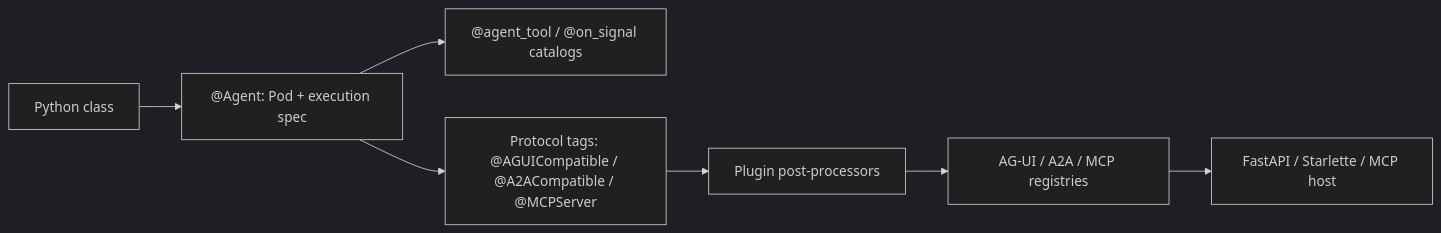
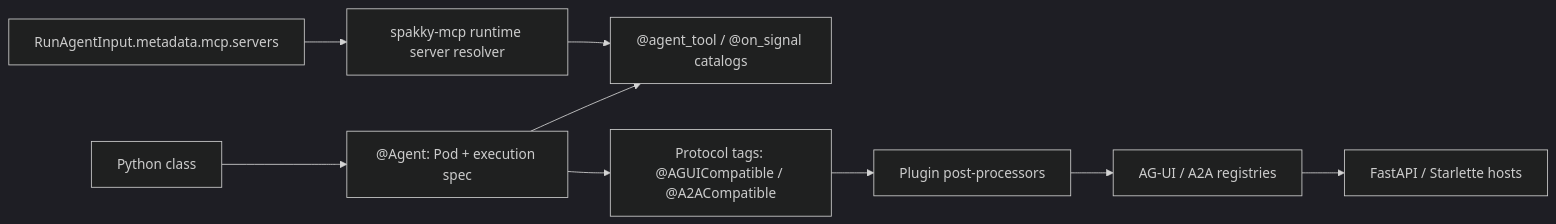
Before and after one commit to E5presso/spakky-framework: the second of 2 diagrams in docs/guides/agents.md, drawn with Mermaid (dark theme). The commit also changed other lines of this file and 33 other files, not shown here.

First line of the commit message:
feat(mcp)!: make external servers lazy plug-and-play

````diff
--- a/docs/guides/agents.md
+++ b/docs/guides/agents.md
@@ -443,9 +443,11 @@
 ```mermaid
 flowchart LR
   Class[Python class] --> Agent["@Agent: Pod + execution spec"]
   Agent --> Catalog["@agent_tool / @on_signal catalogs"]
-  Agent --> Tags["Protocol tags: @AGUICompatible / @A2ACompatible / @MCPServer"]
+  Agent --> Tags["Protocol tags: @AGUICompatible / @A2ACompatible"]
   Tags --> PostProcessors[Plugin post-processors]
-  PostProcessors --> Registries[AG-UI / A2A / MCP registries]
-  Registries --> Hosts[FastAPI / Starlette / MCP host]
+  PostProcessors --> Registries[AG-UI / A2A registries]
+  Registries --> Hosts[FastAPI / Starlette hosts]
+  RunInput[RunAgentInput.metadata.mcp.servers] --> MCP[spakky-mcp runtime server resolver]
+  MCP --> Catalog
 ```
````
